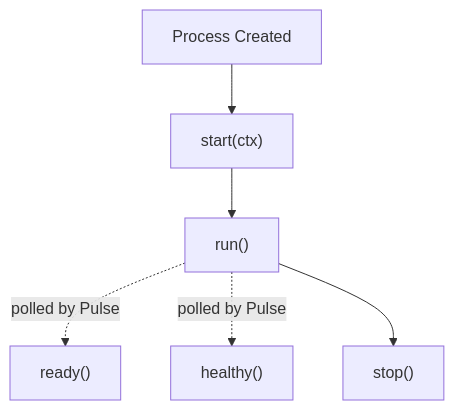
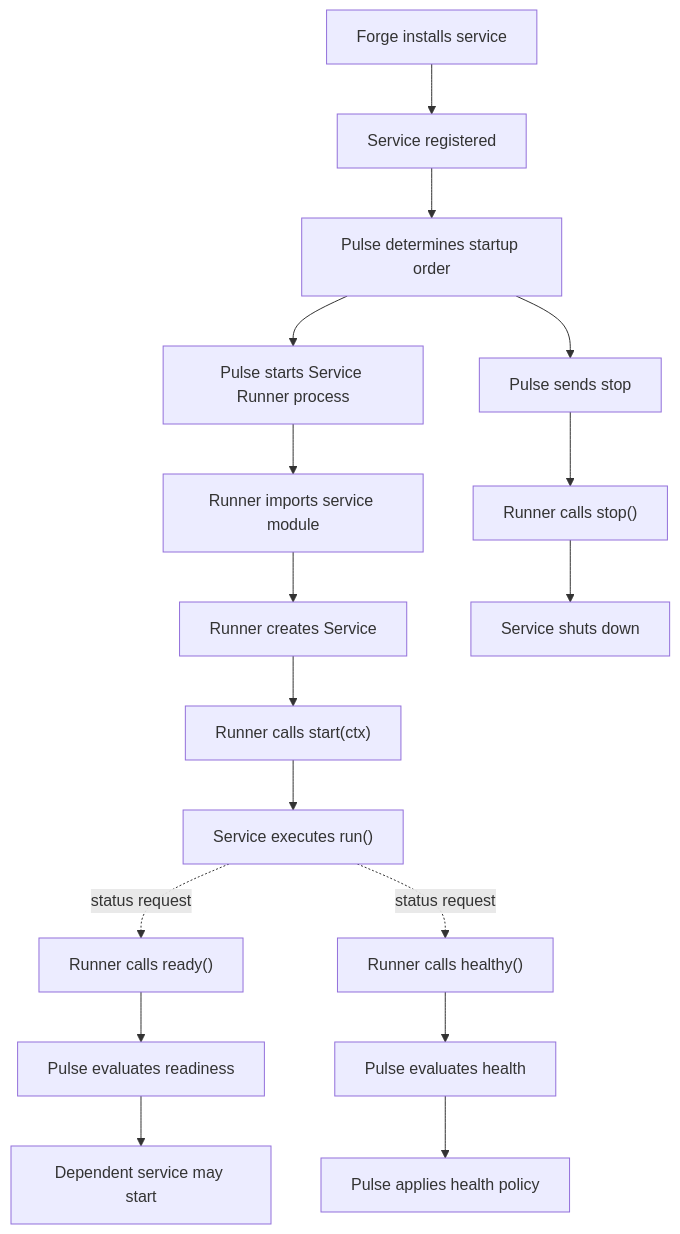
The diagram in docs/SERVICES.md (ARC-V2-AI/ARC-V2-Core), drawn with Mermaid before and after one commit. The commit also changed other lines of this file, not shown here.

Commit message:
Updated service doc

````diff
--- a/docs/SERVICES.md
+++ b/docs/SERVICES.md
@@ -178,8 +236,23 @@
 ```mermaid
 flowchart TD
-    A["Process Created"] --> B["start(ctx)"]
-    B --> C["run()"]
-    C -.polled by Pulse.-> D["ready()"]
-    C -.polled by Pulse.-> E["healthy()"]
-    C --> F["stop()"]
+    A["Forge installs service"] --> B["Service registered"]
+    B --> C["Pulse determines startup order"]
+    C --> D["Pulse starts Service Runner process"]
+    D --> E["Runner imports service module"]
+    E --> F["Runner creates Service"]
+    F --> G["Runner calls start(ctx)"]
+    G --> H["Service executes run()"]
+
+    H -. "status request" .-> I["Runner calls ready()"]
+    H -. "status request" .-> J["Runner calls healthy()"]
+
+    I --> K["Pulse evaluates readiness"]
+    J --> L["Pulse evaluates health"]
+
+    K --> M["Dependent service may start"]
+    L --> N["Pulse applies health policy"]
+
+    C --> O["Pulse sends stop"]
+    O --> P["Runner calls stop()"]
+    P --> Q["Service shuts down"]
 ```
````
